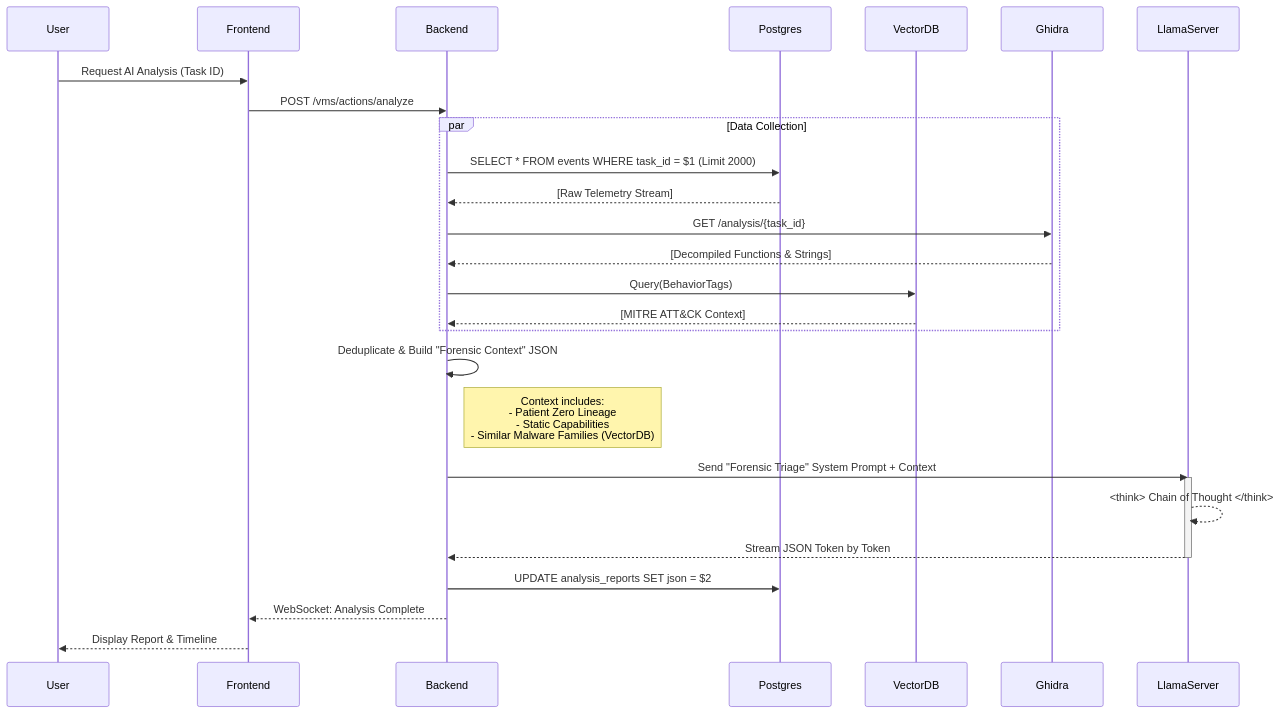
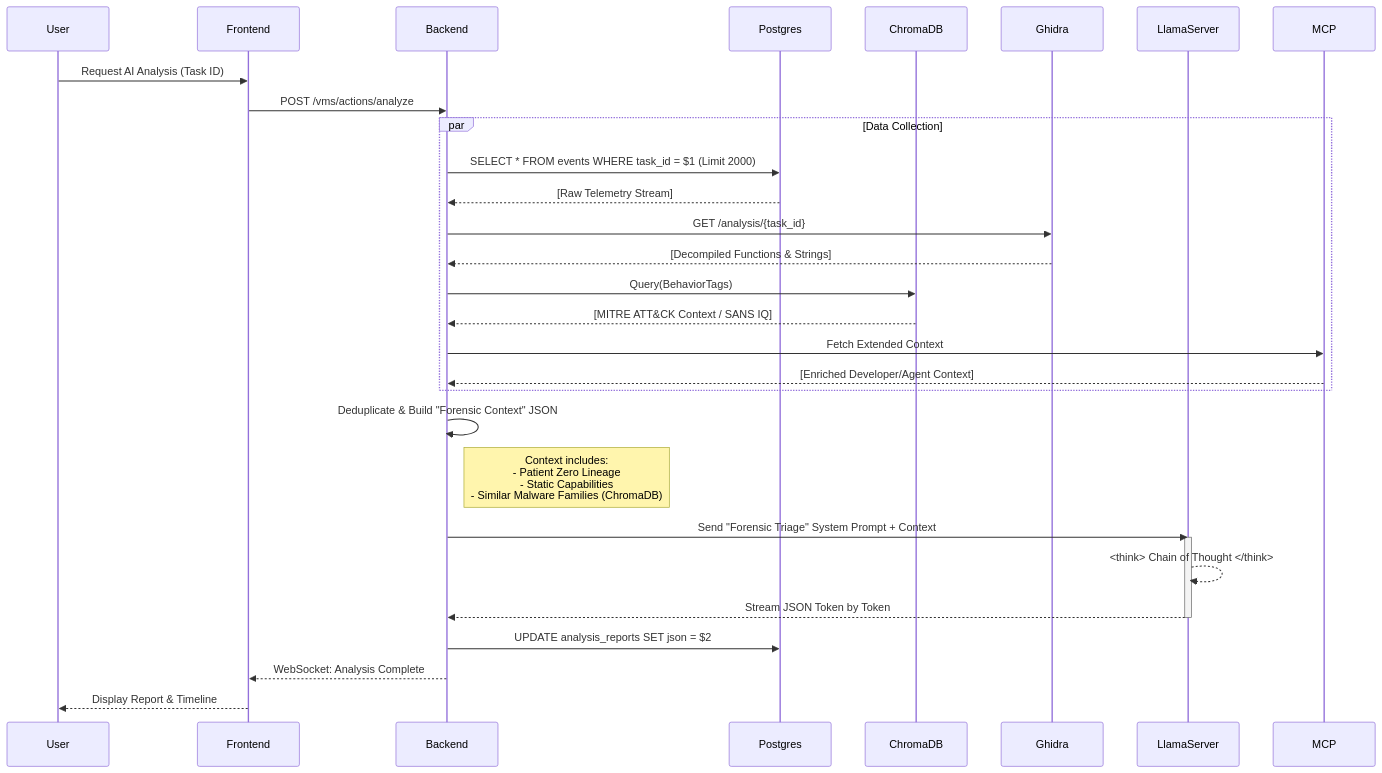
One commit to Sagz9000/TheVooDooBox changed the diagram in docs/03_AI_RAG.md. Above: the diagram before and after it, drawn with Mermaid. The commit also changed 2 other files, not shown here.

Commit message:
docs: enhance diagrams in Architecture and AI-RAG for V5 functional fidelity

````diff
--- a/docs/03_AI_RAG.md
+++ b/docs/03_AI_RAG.md
@@ -23,36 +23,39 @@
 ```mermaid
 sequenceDiagram
     participant User
     participant Frontend
     participant Backend
     participant Postgres
-    participant VectorDB
+    participant ChromaDB
     participant Ghidra
     participant LlamaServer
+    participant MCP
 
     User->>Frontend: Request AI Analysis (Task ID)
     Frontend->>Backend: POST /vms/actions/analyze
     
     par Data Collection
         Backend->>Postgres: SELECT * FROM events WHERE task_id = $1 (Limit 2000)
         Postgres-->>Backend: [Raw Telemetry Stream]
         Backend->>Ghidra: GET /analysis/{task_id}
         Ghidra-->>Backend: [Decompiled Functions & Strings]
-        Backend->>VectorDB: Query(BehaviorTags)
-        VectorDB-->>Backend: [MITRE ATT&CK Context]
+        Backend->>ChromaDB: Query(BehaviorTags)
+        ChromaDB-->>Backend: [MITRE ATT&CK Context / SANS IQ]
+        Backend->>MCP: Fetch Extended Context
+        MCP-->>Backend: [Enriched Developer/Agent Context]
     end
 
     Backend->>Backend: Deduplicate & Build "Forensic Context" JSON
     
-    note right of Backend: Context includes:<br/>- Patient Zero Lineage<br/>- Static Capabilities<br/>- Similar Malware Families (VectorDB)
+    note right of Backend: Context includes:<br/>- Patient Zero Lineage<br/>- Static Capabilities<br/>- Similar Malware Families (ChromaDB)
 
     Backend->>LlamaServer: Send "Forensic Triage" System Prompt + Context
     activate LlamaServer
     LlamaServer-->>LlamaServer: <think> Chain of Thought </think>
     LlamaServer-->>Backend: Stream JSON Token by Token
     deactivate LlamaServer
 
     Backend->>Postgres: UPDATE analysis_reports SET json = $2
     Backend-->>Frontend: WebSocket: Analysis Complete
     Frontend-->>User: Display Report & Timeline
 ```
````
